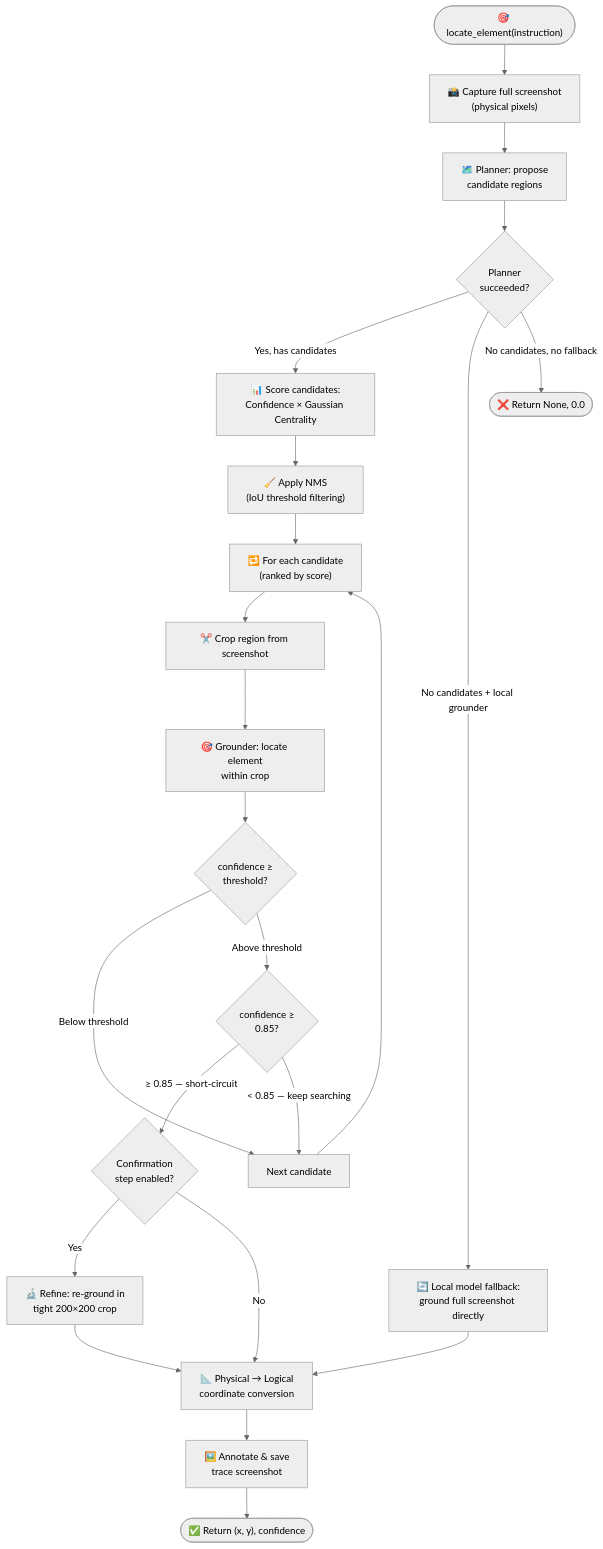
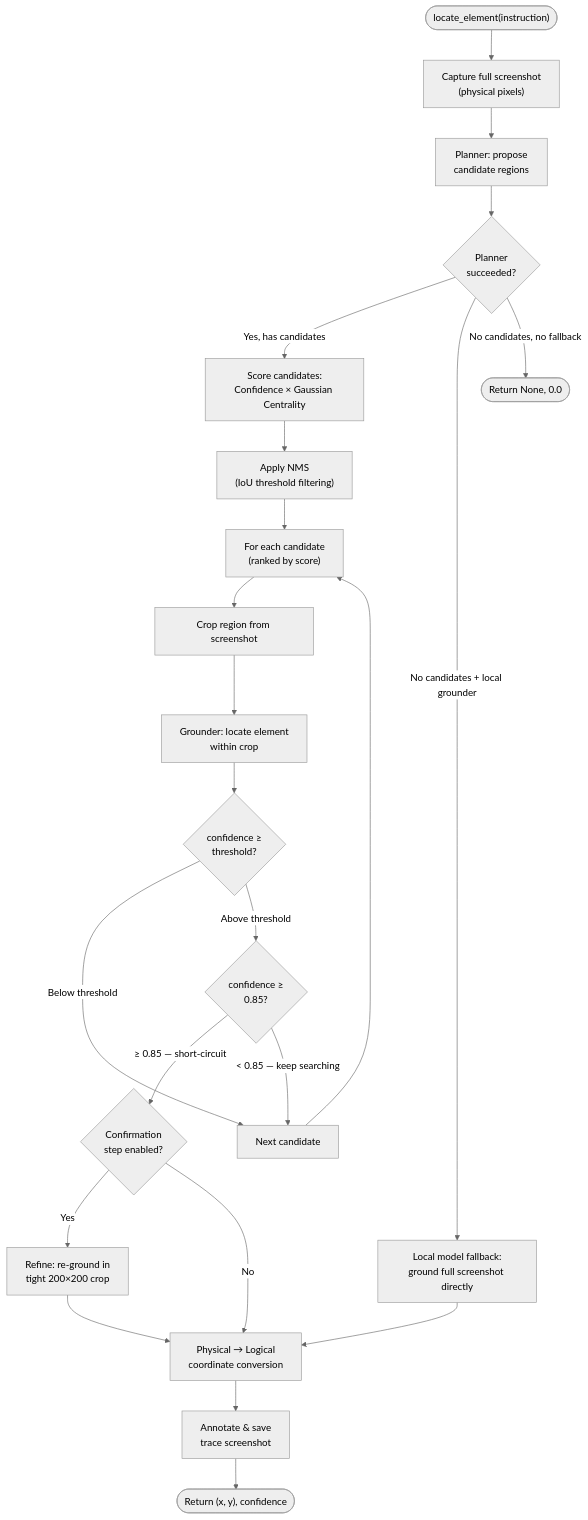
One commit to ZiadMD/ScreenSeekeR-Desktop-Automation changed the second of 19 diagrams in doc/methodology.md. Above: the diagram before and after it, drawn with Mermaid (neutral theme). The commit also changed other lines of this file and 3 other files, not shown here.

````diff
--- a/doc/methodology.md
+++ b/doc/methodology.md
@@ -128,38 +128,38 @@
 ```mermaid
 flowchart TD
-    START(["🎯 locate_element(instruction)"])
-    CAP["📸 Capture full screenshot<br/>(physical pixels)"]
-    PLAN["🗺️ Planner: propose<br/>candidate regions"]
+    START(["locate_element(instruction)"])
+    CAP["Capture full screenshot<br/>(physical pixels)"]
+    PLAN["Planner: propose<br/>candidate regions"]
     PLAN_FAIL{"Planner<br/>succeeded?"}
-    FALLBACK["🔄 Local model fallback:<br/>ground full screenshot directly"]
-    SCORE["📊 Score candidates:<br/>Confidence × Gaussian Centrality"]
-    NMS["🧹 Apply NMS<br/>(IoU threshold filtering)"]
-    LOOP["🔁 For each candidate<br/>(ranked by score)"]
-    CROP["✂️ Crop region from screenshot"]
-    GROUND["🎯 Grounder: locate element<br/>within crop"]
+    FALLBACK["Local model fallback:<br/>ground full screenshot directly"]
+    SCORE["Score candidates:<br/>Confidence × Gaussian Centrality"]
+    NMS["Apply NMS<br/>(IoU threshold filtering)"]
+    LOOP["For each candidate<br/>(ranked by score)"]
+    CROP["Crop region from screenshot"]
+    GROUND["Grounder: locate element<br/>within crop"]
     CONF_CHECK{"confidence ≥<br/>threshold?"}
     HIGH_CHECK{"confidence ≥<br/>0.85?"}
     NEXT["Next candidate"]
     CONFIRM{"Confirmation<br/>step enabled?"}
-    REFINE["🔬 Refine: re-ground in<br/>tight 200×200 crop"]
-    DPI["📐 Physical → Logical<br/>coordinate conversion"]
-    ANNOTATE["🖼️ Annotate & save<br/>trace screenshot"]
-    RESULT(["✅ Return (x, y), confidence"])
-    FAIL(["❌ Return None, 0.0"])
+    REFINE["Refine: re-ground in<br/>tight 200×200 crop"]
+    DPI["Physical → Logical<br/>coordinate conversion"]
+    ANNOTATE["Annotate & save<br/>trace screenshot"]
+    RESULT(["Return (x, y), confidence"])
+    FAIL(["Return None, 0.0"])
 
     START --> CAP --> PLAN --> PLAN_FAIL
     PLAN_FAIL -->|Yes, has candidates| SCORE
     PLAN_FAIL -->|No candidates + local grounder| FALLBACK
     PLAN_FAIL -->|No candidates, no fallback| FAIL
     FALLBACK --> DPI
     SCORE --> NMS --> LOOP
     LOOP --> CROP --> GROUND --> CONF_CHECK
     CONF_CHECK -->|Below threshold| NEXT
     NEXT --> LOOP
     CONF_CHECK -->|Above threshold| HIGH_CHECK
     HIGH_CHECK -->|"≥ 0.85 — short-circuit"| CONFIRM
     HIGH_CHECK -->|"< 0.85 — keep searching"| NEXT
     CONFIRM -->|Yes| REFINE --> DPI
     CONFIRM -->|No| DPI
     DPI --> ANNOTATE --> RESULT
 ```
````
